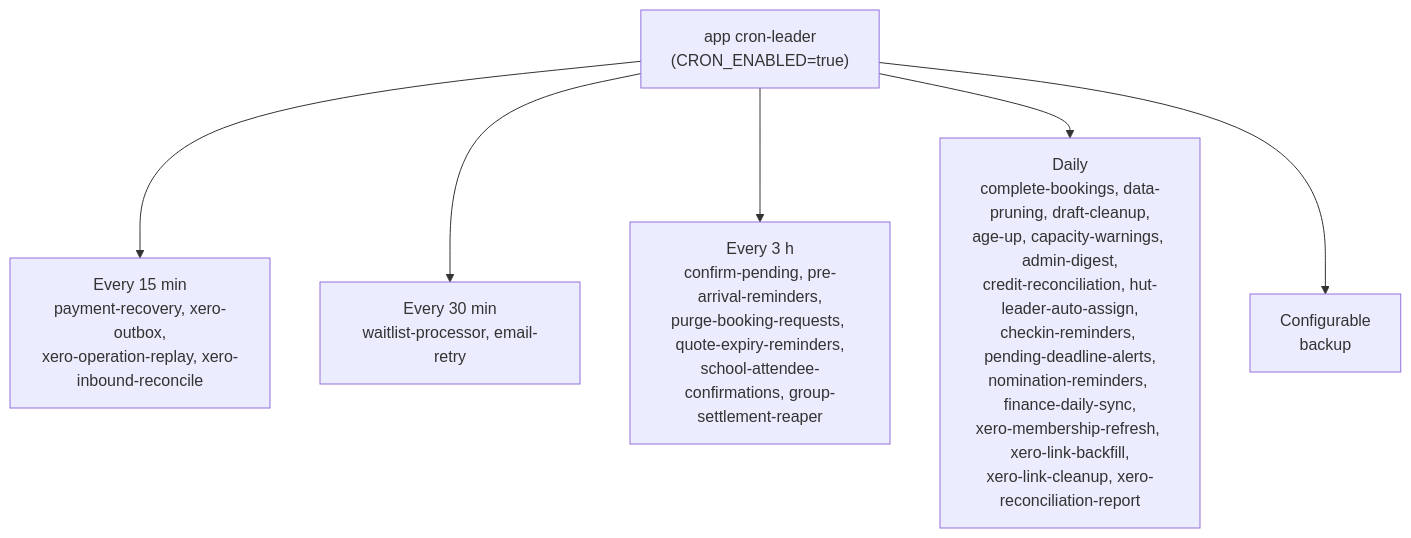
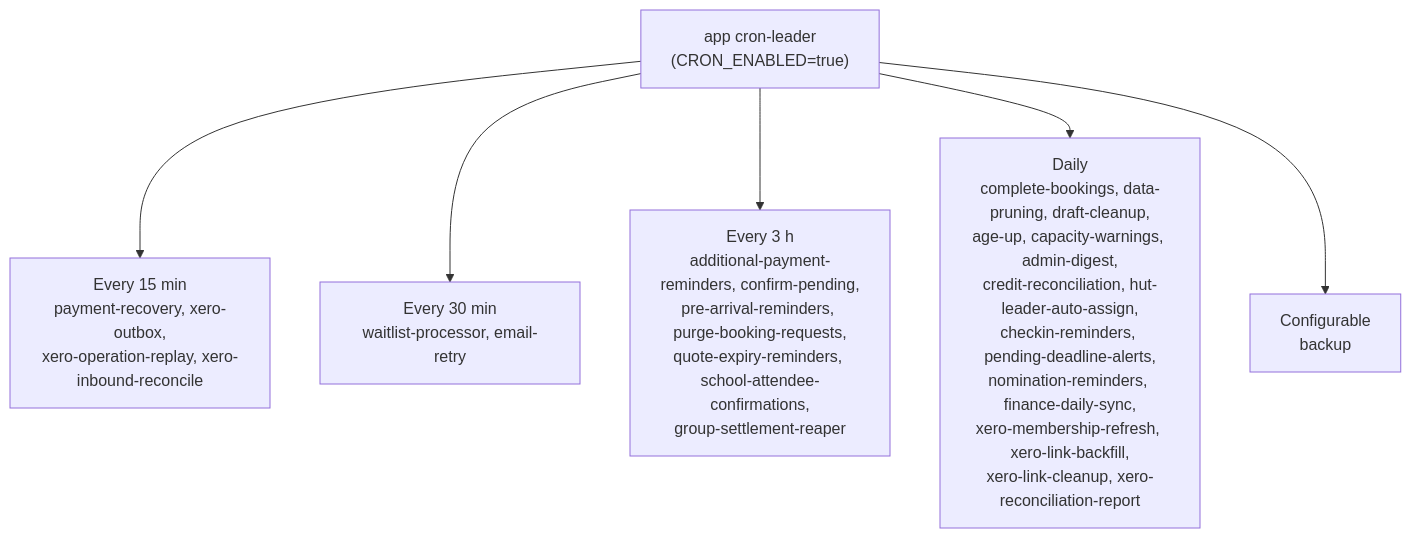
Before and after one commit to hoppers99/AlpineClubBookingsNZ: the fifth of 5 diagrams in docs/ARCHITECTURE.md, drawn with Mermaid. The commit also changed other lines of this file and 8 other files, not shown here.

First line of the commit message:
docs: explain chasing an outstanding additional payment

````diff
--- a/docs/ARCHITECTURE.md
+++ b/docs/ARCHITECTURE.md
@@ -2082,9 +2088,9 @@
 ```mermaid
 flowchart TD
     Leader["app cron-leader<br/>(CRON_ENABLED=true)"]
     Leader --> Q15["Every 15 min<br/>payment-recovery, xero-outbox,<br/>xero-operation-replay, xero-inbound-reconcile"]
     Leader --> Q30["Every 30 min<br/>waitlist-processor, email-retry"]
-    Leader --> Q3h["Every 3 h<br/>confirm-pending, pre-arrival-reminders,<br/>purge-booking-requests, quote-expiry-reminders,<br/>school-attendee-confirmations, group-settlement-reaper"]
+    Leader --> Q3h["Every 3 h<br/>additional-payment-reminders, confirm-pending,<br/>pre-arrival-reminders, purge-booking-requests,<br/>quote-expiry-reminders, school-attendee-confirmations,<br/>group-settlement-reaper"]
     Leader --> Daily["Daily<br/>complete-bookings, data-pruning, draft-cleanup,<br/>age-up, capacity-warnings, admin-digest,<br/>credit-reconciliation, hut-leader-auto-assign,<br/>checkin-reminders, pending-deadline-alerts,<br/>nomination-reminders, finance-daily-sync,<br/>xero-membership-refresh, xero-link-backfill,<br/>xero-link-cleanup, xero-reconciliation-report"]
     Leader --> Cfg["Configurable<br/>backup"]
 ```
````
